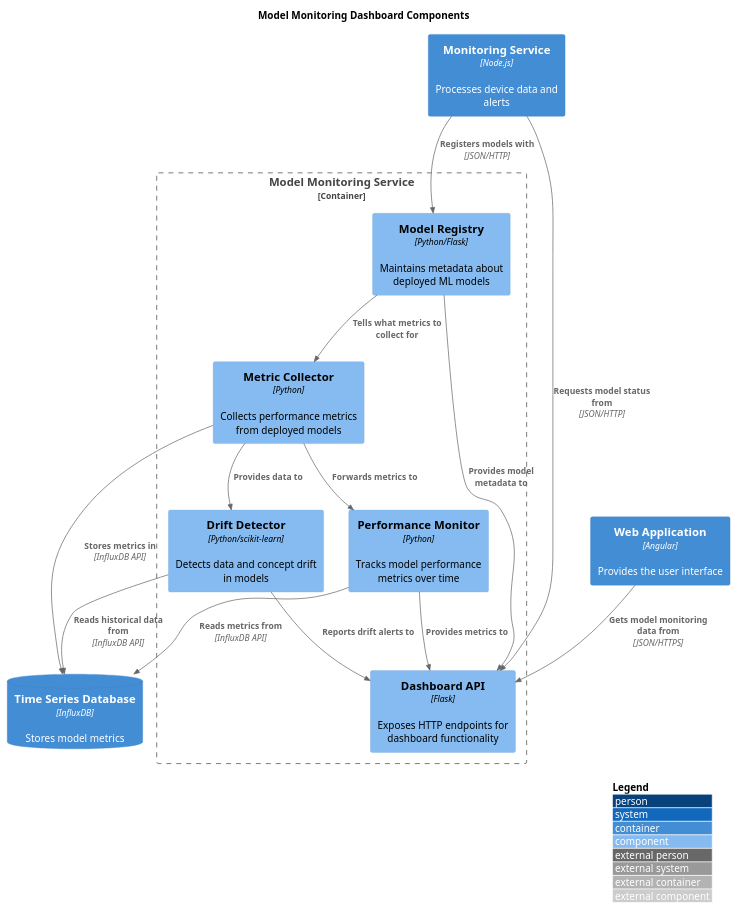
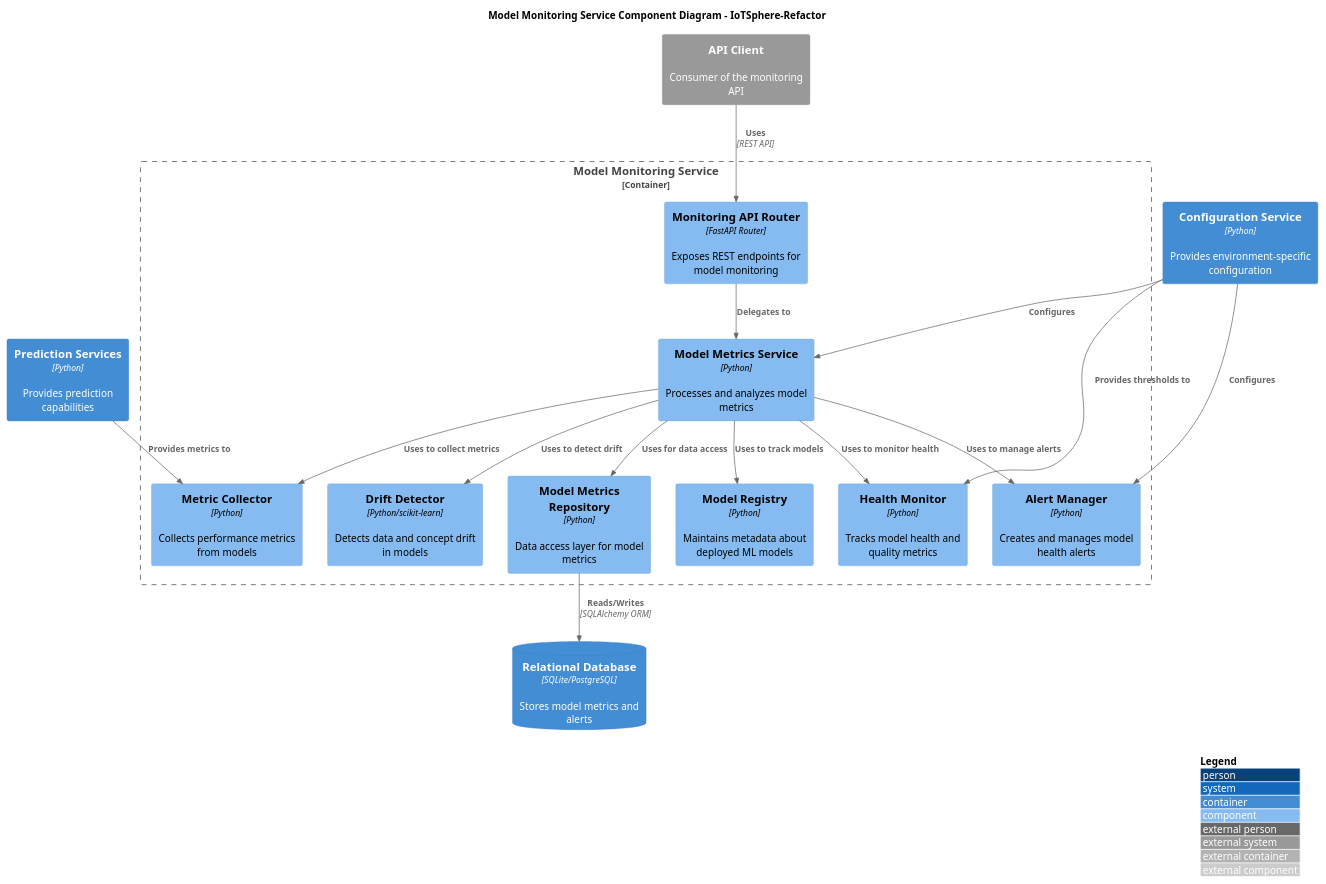
The diagram in docs/system-architecture/plantuml/model_monitoring_components.puml (jamesenki/dashboards), drawn with PlantUML before and after one commit. The commit also changed 28 other files, not shown here.

```diff
--- a/docs/system-architecture/plantuml/model_monitoring_components.puml
+++ b/docs/system-architecture/plantuml/model_monitoring_components.puml
@@ -1,36 +1,42 @@
 @startuml Model Monitoring Components
 !include <C4/C4_Component>
 
-title "Model Monitoring Dashboard Components"
+title "Model Monitoring Service Component Diagram - IoTSphere-Refactor"
 
-Container(monitoringService, "Monitoring Service", "Node.js", "Processes device data and alerts")
-Container_Boundary(modelMonitoring, "Model Monitoring Service") {
-    Component(modelRegistry, "Model Registry", "Python/Flask", "Maintains metadata about deployed ML models")
-    Component(metricCollector, "Metric Collector", "Python", "Collects performance metrics from deployed models")
-    Component(driftDetector, "Drift Detector", "Python/scikit-learn", "Detects data and concept drift in models")
-    Component(performanceMonitor, "Performance Monitor", "Python", "Tracks model performance metrics over time")
-    Component(dashboardAPI, "Dashboard API", "Flask", "Exposes HTTP endpoints for dashboard functionality")
+Container(prediction_services, "Prediction Services", "Python", "Provides prediction capabilities")
+Container_Boundary(model_monitoring, "Model Monitoring Service") {
+    Component(model_monitoring_router, "Monitoring API Router", "FastAPI Router", "Exposes REST endpoints for model monitoring")
+    Component(model_metrics_service, "Model Metrics Service", "Python", "Processes and analyzes model metrics")
+    Component(model_registry, "Model Registry", "Python", "Maintains metadata about deployed ML models")
+    Component(metric_collector, "Metric Collector", "Python", "Collects performance metrics from models")
+    Component(drift_detector, "Drift Detector", "Python/scikit-learn", "Detects data and concept drift in models")
+    Component(health_monitor, "Health Monitor", "Python", "Tracks model health and quality metrics")
+    Component(alert_manager, "Alert Manager", "Python", "Creates and manages model health alerts")
+    Component(model_metrics_repository, "Model Metrics Repository", "Python", "Data access layer for model metrics")
 }
 
-Container(webApp, "Web Application", "Angular", "Provides the user interface")
-ContainerDb(timeseriesDB, "Time Series Database", "InfluxDB", "Stores model metrics")
+Container(config_service, "Configuration Service", "Python", "Provides environment-specific configuration")
+ContainerDb(database, "Relational Database", "SQLite/PostgreSQL", "Stores model metrics and alerts")
 
-Rel(monitoringService, modelRegistry, "Registers models with", "JSON/HTTP")
-Rel(monitoringService, dashboardAPI, "Requests model status from", "JSON/HTTP")
+System_Ext(api_client, "API Client", "Consumer of the monitoring API")
 
-Rel(modelRegistry, metricCollector, "Tells what metrics to collect for")
-Rel(metricCollector, performanceMonitor, "Forwards metrics to")
-Rel(metricCollector, driftDetector, "Provides data to")
+Rel(api_client, model_monitoring_router, "Uses", "REST API")
+Rel(model_monitoring_router, model_metrics_service, "Delegates to")
 
-Rel(metricCollector, timeseriesDB, "Stores metrics in", "InfluxDB API")
-Rel(performanceMonitor, timeseriesDB, "Reads metrics from", "InfluxDB API")
-Rel(driftDetector, timeseriesDB, "Reads historical data from", "InfluxDB API")
+Rel(model_metrics_service, model_registry, "Uses to track models")
+Rel(model_metrics_service, metric_collector, "Uses to collect metrics")
+Rel(model_metrics_service, drift_detector, "Uses to detect drift")
+Rel(model_metrics_service, health_monitor, "Uses to monitor health")
+Rel(model_metrics_service, alert_manager, "Uses to manage alerts")
+Rel(model_metrics_service, model_metrics_repository, "Uses for data access")
 
-Rel(performanceMonitor, dashboardAPI, "Provides metrics to")
-Rel(driftDetector, dashboardAPI, "Reports drift alerts to")
-Rel(modelRegistry, dashboardAPI, "Provides model metadata to")
+Rel(prediction_services, metric_collector, "Provides metrics to")
 
-Rel(webApp, dashboardAPI, "Gets model monitoring data from", "JSON/HTTPS")
+Rel(model_metrics_repository, database, "Reads/Writes", "SQLAlchemy ORM")
+
+Rel(config_service, model_metrics_service, "Configures")
+Rel(config_service, health_monitor, "Provides thresholds to")
+Rel(config_service, alert_manager, "Configures")
 
 LAYOUT_WITH_LEGEND()
 @enduml
```
